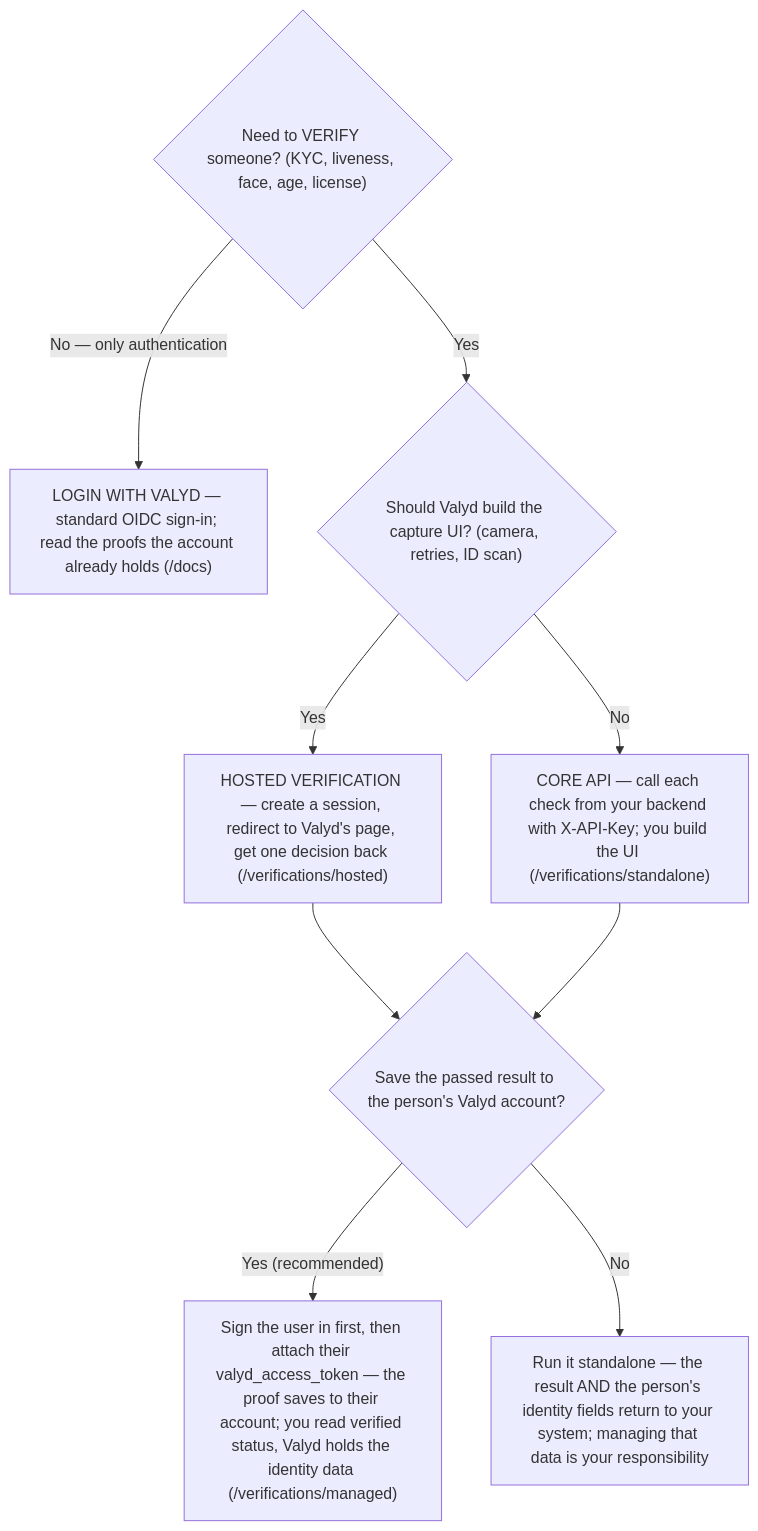
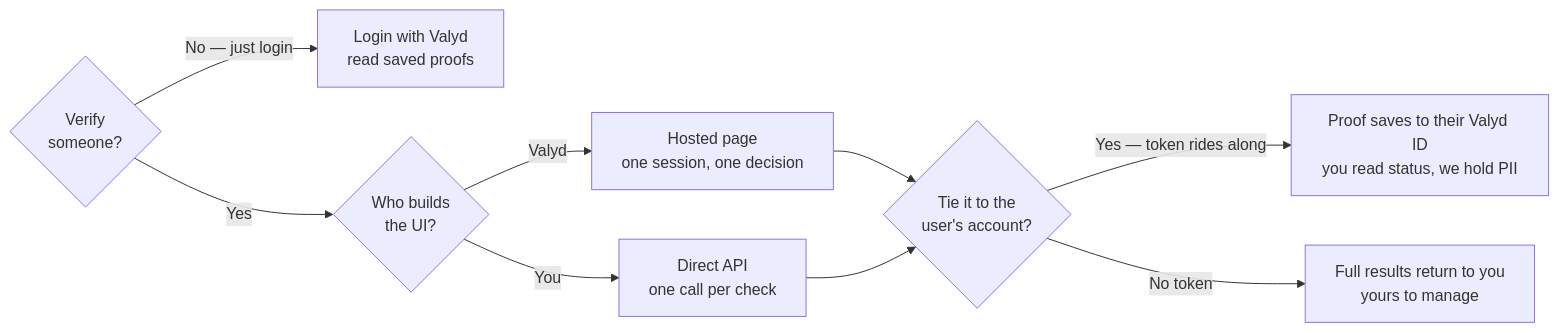
One commit to valyd-id/documentation changed the diagram in content/docs/choose.md. Above: the diagram before and after it, drawn with Mermaid. The commit also changed other lines of this file and 83 other files, not shown here.

````diff
--- a/content/docs/choose.md
+++ b/content/docs/choose.md
@@ -6,12 +6,12 @@
 ```mermaid
-flowchart TD
-    Q1{"Need to VERIFY someone? (KYC, liveness, face, age, license)"}
-    Q1 -->|"No — only authentication"| LOGIN["LOGIN WITH VALYD — standard OIDC sign-in; read the proofs the account already holds (/docs)"]
-    Q1 -->|Yes| Q2{"Should Valyd build the capture UI? (camera, retries, ID scan)"}
-    Q2 -->|Yes| H["HOSTED VERIFICATION — create a session, redirect to Valyd's page, get one decision back (/verifications/hosted)"]
-    Q2 -->|No| C["CORE API — call each check from your backend with X-API-Key; you build the UI (/verifications/standalone)"]
-    H --> Q3{"Save the passed result to the person's Valyd account?"}
+flowchart LR
+    Q1{"Verify<br/>someone?"}
+    Q1 -->|No — just login| LOGIN["Login with Valyd<br/>read saved proofs"]
+    Q1 -->|Yes| Q2{"Who builds<br/>the UI?"}
+    Q2 -->|Valyd| H["Hosted page<br/>one session, one decision"]
+    Q2 -->|You| C["Direct API<br/>one call per check"]
+    H --> Q3{"Tie it to the<br/>user's account?"}
     C --> Q3
-    Q3 -->|"Yes (recommended)"| M["Sign the user in first, then attach their valyd_access_token — the proof saves to their account; you read verified status, Valyd holds the identity data (/verifications/managed)"]
-    Q3 -->|No| S["Run it standalone — the result AND the person's identity fields return to your system; managing that data is your responsibility"]
+    Q3 -->|"Yes — token rides along"| M["Proof saves to their Valyd ID<br/>you read status, we hold PII"]
+    Q3 -->|No token| S["Full results return to you<br/>yours to manage"]
 ```
````
